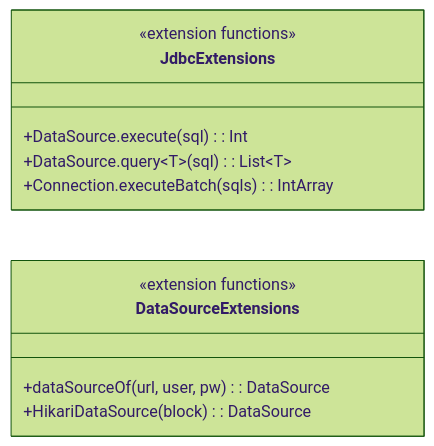
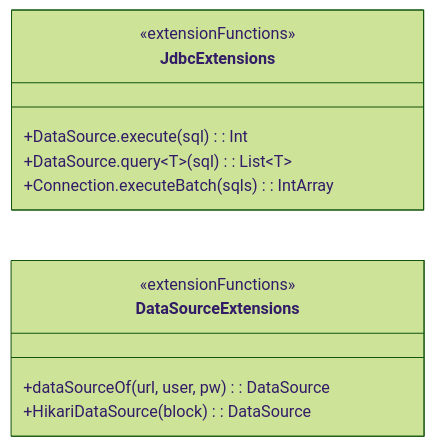
Before and after one commit to bluetape4k/bluetape4k-projects: the first of 3 diagrams in data/jdbc/README.md, drawn with Mermaid (forest theme). The commit also changed 95 other files, not shown here.

First line of the commit message:
docs: Mermaid 파서 오류 전체 수정 (IntelliJ IDEA 호환)

````diff
--- a/data/jdbc/README.md
+++ b/data/jdbc/README.md
@@ -479,20 +479,16 @@
 ```mermaid
 classDiagram
     direction LR
     class JdbcExtensions {
-        <<extension functions>>
+        <<extensionFunctions>>
         +DataSource.execute(sql): Int
         +DataSource.query~T~(sql): List~T~
         +Connection.executeBatch(sqls): IntArray
     }
     class DataSourceExtensions {
-        <<extension functions>>
+        <<extensionFunctions>>
         +dataSourceOf(url, user, pw): DataSource
         +HikariDataSource(block): DataSource
     }
 
-    classDef serviceStyle fill:#4CAF50
-    classDef dbStyle fill:#607D8B
-    class JdbcExtensions:::serviceStyle
-    class DataSourceExtensions:::dbStyle
 ```
````
